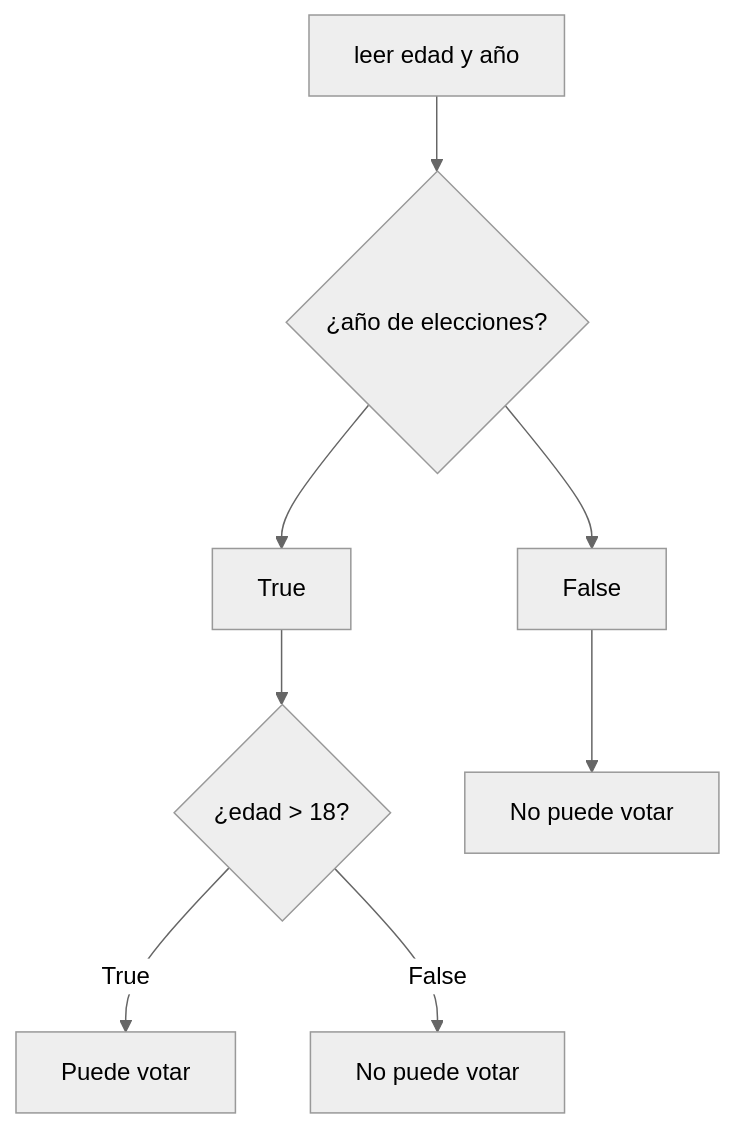
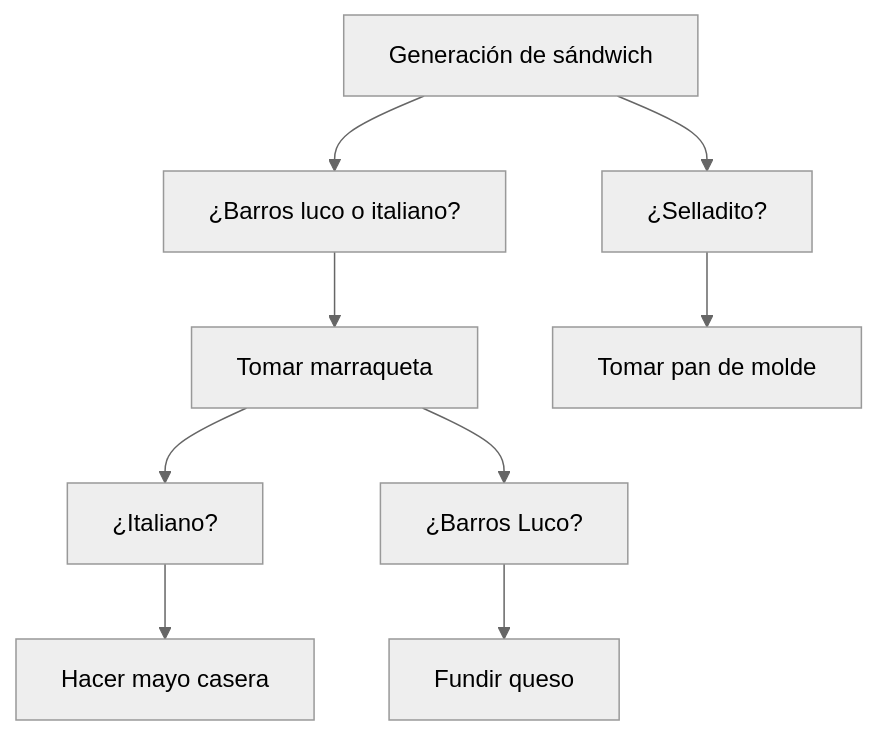
The diagram in Semana 4.md (kaorikanno/obsidian_fdp), drawn with Mermaid (neutral theme) before and after one commit. The commit also changed other lines of this file and 11 other files, not shown here.

````diff
--- a/Semana 4.md
+++ b/Semana 4.md
@@ -68,10 +278,12 @@
 ```mermaid
 graph TD
-A[leer edad y año] --> B{¿año de elecciones?}
-B --> D[True]
-B --> E[False]
-D --> F{¿edad > 18?}
-E --> G[No puede votar]
-F -- True --> J[Puede votar]
-F -- False --> K[No puede votar]
+A[Generación de sándwich] --> B[¿Barros luco o italiano?]
+B --> E[Tomar marraqueta]
+A --> C[¿Selladito?]
+C --> D[Tomar pan de molde]
+E --> F[¿Italiano?]
+E --> H[¿Barros Luco?]
+F --> G[Hacer mayo casera]
+H --> I[Fundir queso]
+
 ```
````
